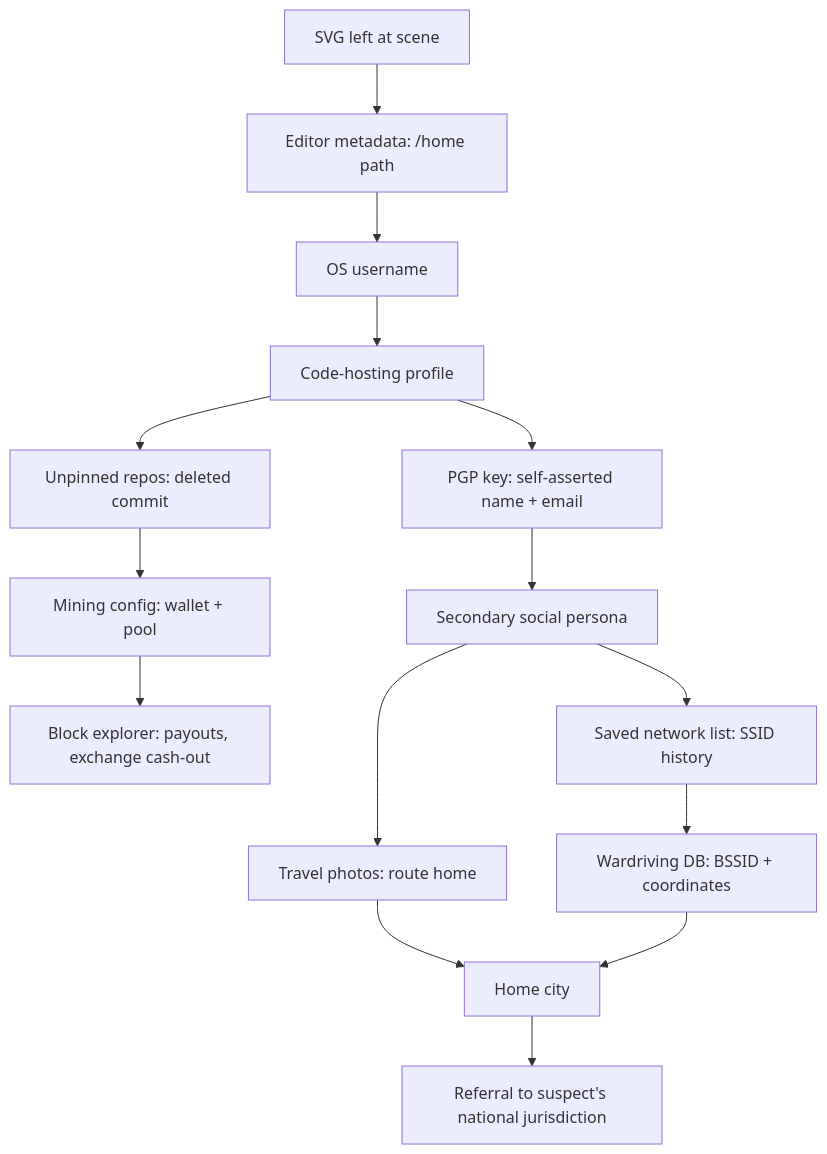
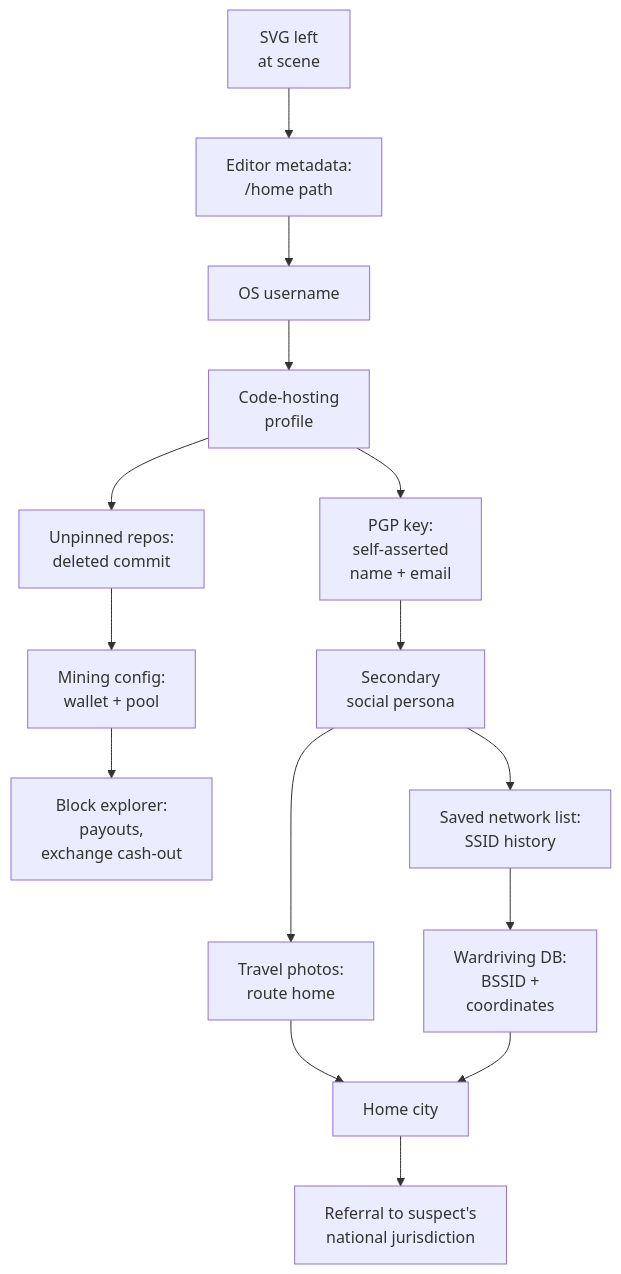
Before and after one commit to ouroboros-white/cybersecurity-portfolio: the diagram in writeups/sakura.md, drawn with Mermaid.

Commit message:
fix: wrap Sakura attack-chain labels to stop GitHub clipping them
GitHub's Mermaid renderer measures label width before the web font
loads, sizing boxes too narrow, so long single-line labels overflow
and clip. Break the long labels with <br/> so no line overflows.

````diff
--- a/writeups/sakura.md
+++ b/writeups/sakura.md
@@ -128,17 +128,17 @@
 ```mermaid
 flowchart TD
-    A["SVG left at scene"] --> B["Editor metadata: /home path"]
+    A["SVG left<br/>at scene"] --> B["Editor metadata:<br/>/home path"]
     B --> C["OS username"]
-    C --> D["Code-hosting profile"]
-    D --> E["Unpinned repos: deleted commit"]
-    D --> F["PGP key: self-asserted name + email"]
-    E --> G["Mining config: wallet + pool"]
-    G --> H["Block explorer: payouts, exchange cash-out"]
-    F --> I["Secondary social persona"]
-    I --> J["Travel photos: route home"]
-    I --> K["Saved network list: SSID history"]
-    K --> L["Wardriving DB: BSSID + coordinates"]
+    C --> D["Code-hosting<br/>profile"]
+    D --> E["Unpinned repos:<br/>deleted commit"]
+    D --> F["PGP key:<br/>self-asserted<br/>name + email"]
+    E --> G["Mining config:<br/>wallet + pool"]
+    G --> H["Block explorer:<br/>payouts,<br/>exchange cash-out"]
+    F --> I["Secondary<br/>social persona"]
+    I --> J["Travel photos:<br/>route home"]
+    I --> K["Saved network list:<br/>SSID history"]
+    K --> L["Wardriving DB:<br/>BSSID +<br/>coordinates"]
     J --> M["Home city"]
     L --> M
-    M --> N["Referral to suspect's national jurisdiction"]
+    M --> N["Referral to suspect's<br/>national jurisdiction"]
 ```
````
